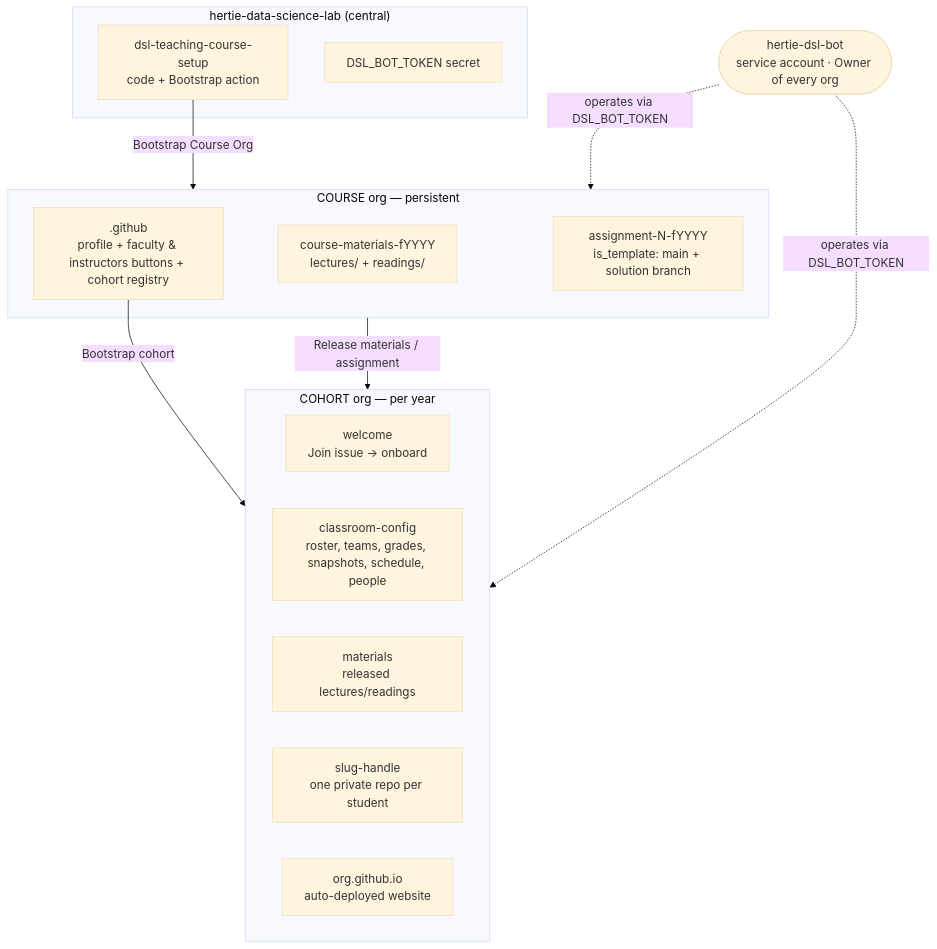
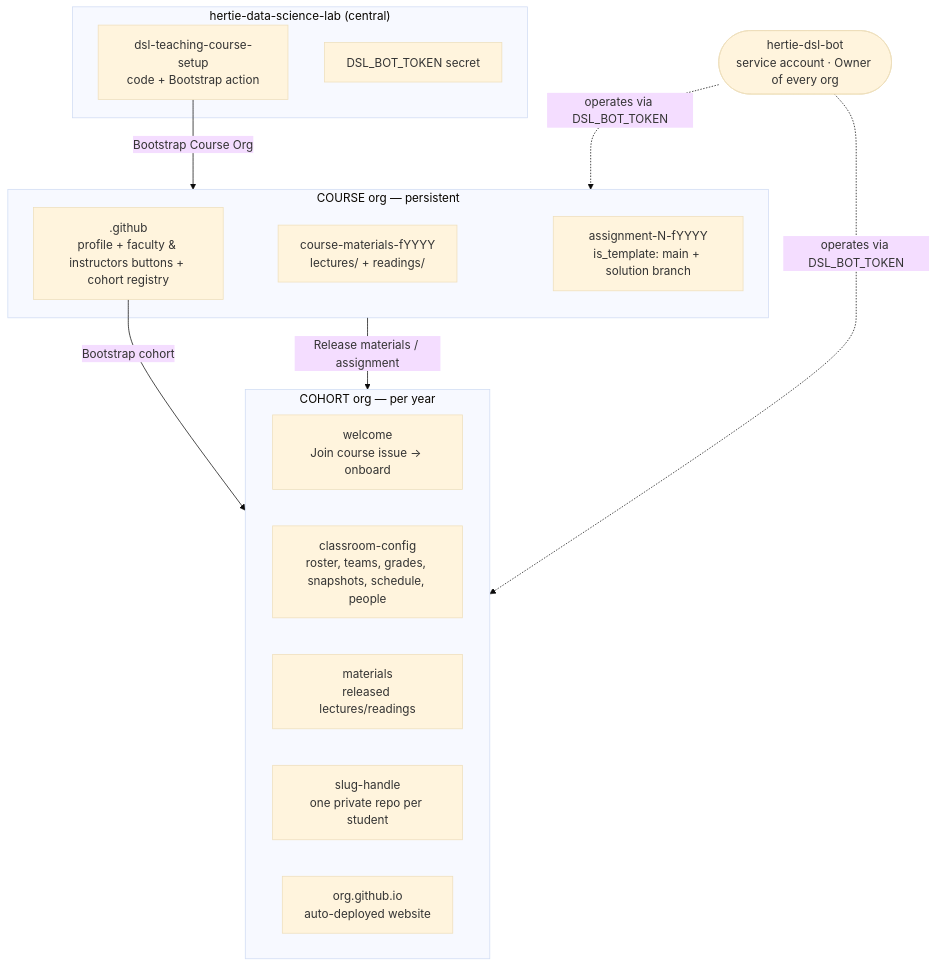
Before and after one commit to hertie-data-science-lab/dsl-teaching-course-setup: the first of 6 diagrams in docs/admin/architecture.md, drawn with Mermaid (base theme). The commit also changed other lines of this file and 24 other files, not shown here.

````diff
--- a/docs/admin/architecture.md
+++ b/docs/admin/architecture.md
@@ -30,35 +30,35 @@
 ```mermaid
 flowchart TB
   subgraph central["hertie-data-science-lab (central)"]
     repo["`dsl-teaching-course-setup
 code + Bootstrap action`"]
     sec["DSL_BOT_TOKEN secret"]
   end
   bot(["`hertie-dsl-bot
 service account · Owner of every org`"])
   subgraph course["COURSE org — persistent"]
     cg["`.github
 profile + faculty & instructors buttons + cohort registry`"]
     mat["`course-materials-fYYYY
 lectures/ + readings/`"]
     asg["`assignment-N-fYYYY
 is_template: main + solution branch`"]
   end
   subgraph cohort["COHORT org — per year"]
     wel["`welcome
-Join issue → onboard`"]
+Join course issue → onboard`"]
     ros["`classroom-config
 roster, teams, grades, snapshots, schedule, people`"]
     cmat["`materials
 released lectures/readings`"]
     stu["`slug-handle
 one private repo per student`"]
     site["`org.github.io
 auto-deployed website`"]
   end
   repo -->|"Bootstrap Course Org"| course
   cg -->|"Bootstrap cohort"| cohort
   course -->|"Release materials / assignment"| cohort
   bot -.->|"operates via DSL_BOT_TOKEN"| course
   bot -.->|"operates via DSL_BOT_TOKEN"| cohort
 ```
````
